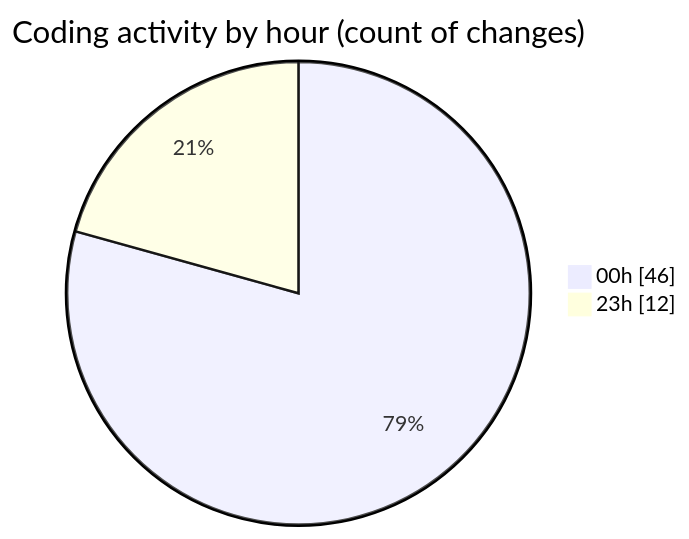
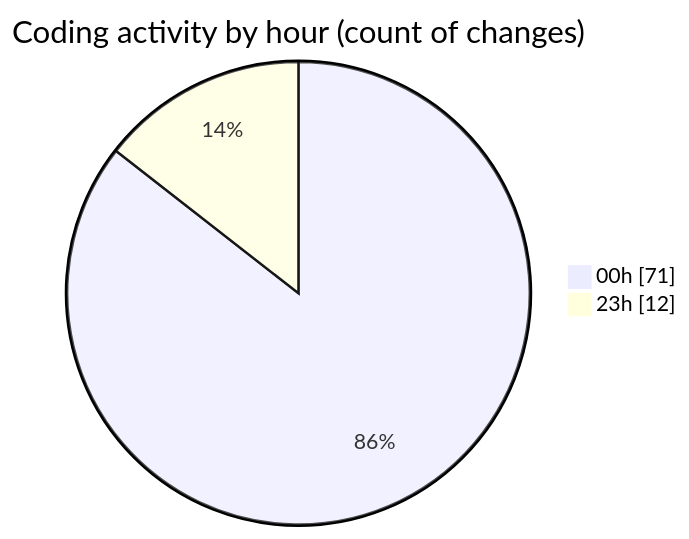
One commit to Ritupan-Deka/code-tracking changed the second of 2 diagrams in 2025-07-17/mern-workoutboard/README.md. Above: the diagram before and after it, drawn with Mermaid. The commit also changed other lines of this file and 1 other file, not shown here.

````diff
--- a/2025-07-17/mern-workoutboard/README.md
+++ b/2025-07-17/mern-workoutboard/README.md
@@ -29,6 +29,6 @@
 ```mermaid
 pie showData
 title Coding activity by hour (count of changes)
-"00h" : 46
+"00h" : 71
 "23h" : 12
 ```
````
